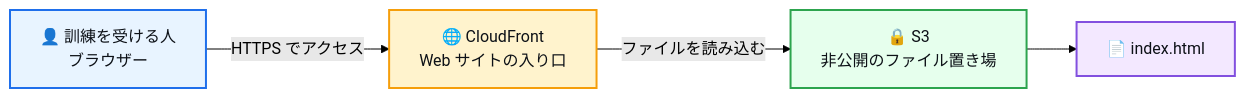
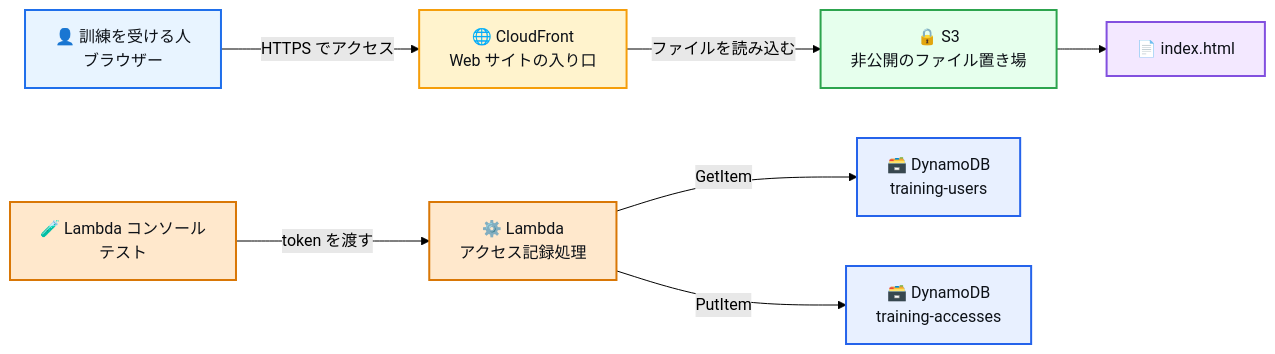
Before and after one commit to chiku-wa/phishing-simulation: the diagram in README.md, drawn with Mermaid (forest theme). The commit also changed other lines of this file and 8 other files, not shown here.

````diff
--- a/README.md
+++ b/README.md
@@ -32,21 +32,32 @@
 ```mermaid
 flowchart LR
     A["👤 訓練を受ける人<br/>ブラウザー"]
     B["🌐 CloudFront<br/>Web サイトの入り口"]
     C["🔒 S3<br/>非公開のファイル置き場"]
     D["📄 index.html"]
+    E["🧪 Lambda コンソール<br/>テスト"]
+    F["⚙️ Lambda<br/>アクセス記録処理"]
+    G["🗃️ DynamoDB<br/>training-users"]
+    H["🗃️ DynamoDB<br/>training-accesses"]
 
     A -->|HTTPS でアクセス| B
     B -->|ファイルを読み込む| C
     C --> D
+    E -->|token を渡す| F
+    F -->|GetItem| G
+    F -->|PutItem| H
 
     classDef person fill:#e8f4ff,stroke:#1f6feb,color:#0d1117,stroke-width:2px;
     classDef cloud fill:#fff3cd,stroke:#f59e0b,color:#0d1117,stroke-width:2px;
     classDef storage fill:#e6ffed,stroke:#2da44e,color:#0d1117,stroke-width:2px;
     classDef file fill:#f3e8ff,stroke:#8250df,color:#0d1117,stroke-width:2px;
+    classDef compute fill:#ffe8cc,stroke:#d97706,color:#0d1117,stroke-width:2px;
+    classDef database fill:#e8f0ff,stroke:#2563eb,color:#0d1117,stroke-width:2px;
 
     class A person;
     class B cloud;
     class C storage;
     class D file;
+    class E,F compute;
+    class G,H database;
 ```
````
